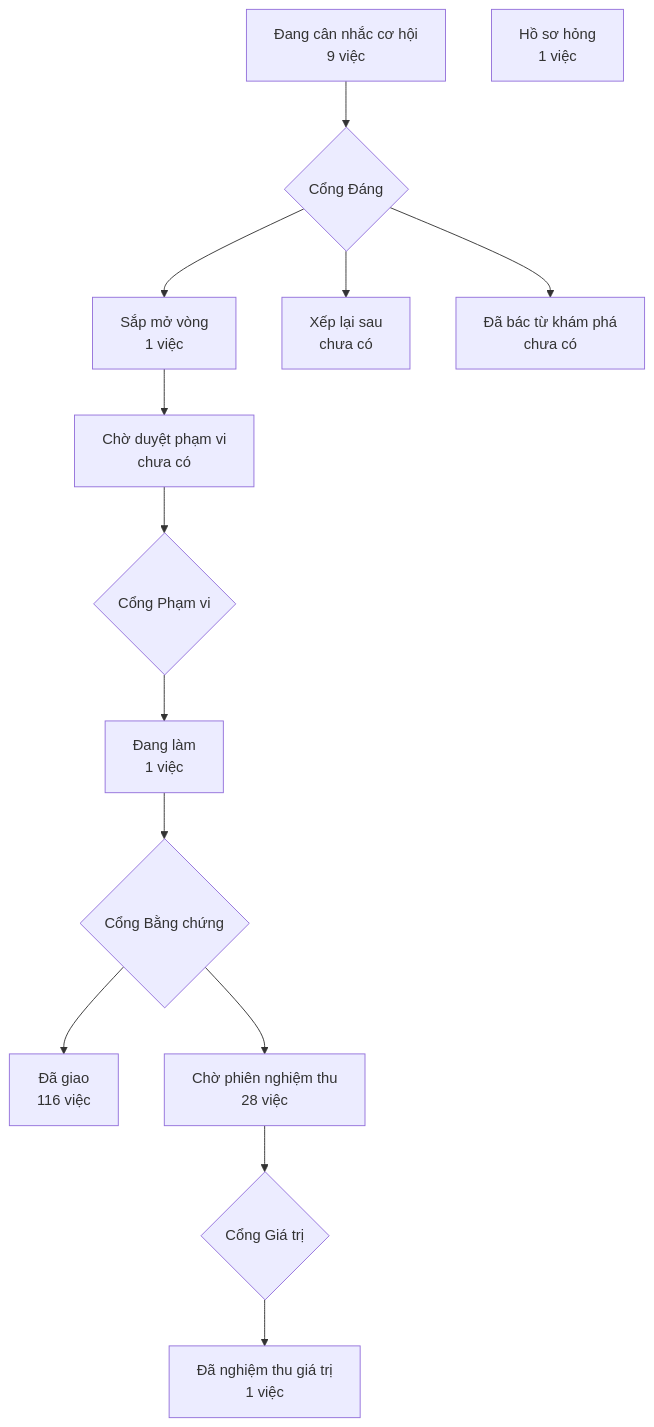
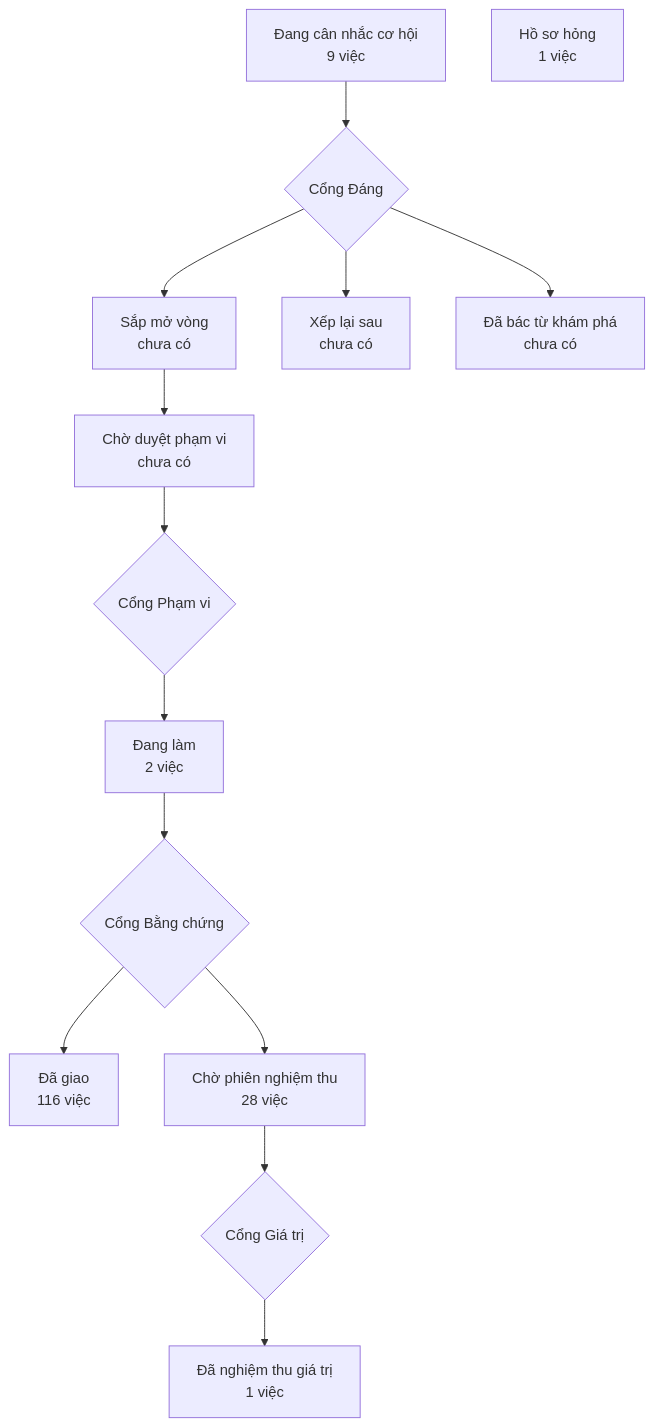
One commit to phanlemanh/crm-onehub changed the diagram in PRODUCT-MAP.md. Above: the diagram before and after it, drawn with Mermaid. The commit also changed other lines of this file and 2 other files, not shown here.

Commit message:
Gate 1 approval: gop-y-dung-cho — Phan Le Manh

````diff
--- a/PRODUCT-MAP.md
+++ b/PRODUCT-MAP.md
@@ -6,13 +6,13 @@
 ```mermaid
 flowchart TD
   A["Đang cân nhắc cơ hội<br/>9 việc"] --> GD{"Cổng Đáng"}
-  GD --> B["Sắp mở vòng<br/>1 việc"]
+  GD --> B["Sắp mở vòng<br/>chưa có"]
   GD --> XL["Xếp lại sau<br/>chưa có"]
   GD --> DB["Đã bác từ khám phá<br/>chưa có"]
   B --> CD["Chờ duyệt phạm vi<br/>chưa có"] --> GP{"Cổng Phạm vi"}
-  GP --> DL["Đang làm<br/>1 việc"] --> GB{"Cổng Bằng chứng"}
+  GP --> DL["Đang làm<br/>2 việc"] --> GB{"Cổng Bằng chứng"}
   GB --> DG["Đã giao<br/>116 việc"]
   GB --> CN["Chờ phiên nghiệm thu<br/>28 việc"] --> GG{"Cổng Giá trị"}
   GG --> NT["Đã nghiệm thu giá trị<br/>1 việc"]
   HS["Hồ sơ hỏng<br/>1 việc"]
 ```
````
